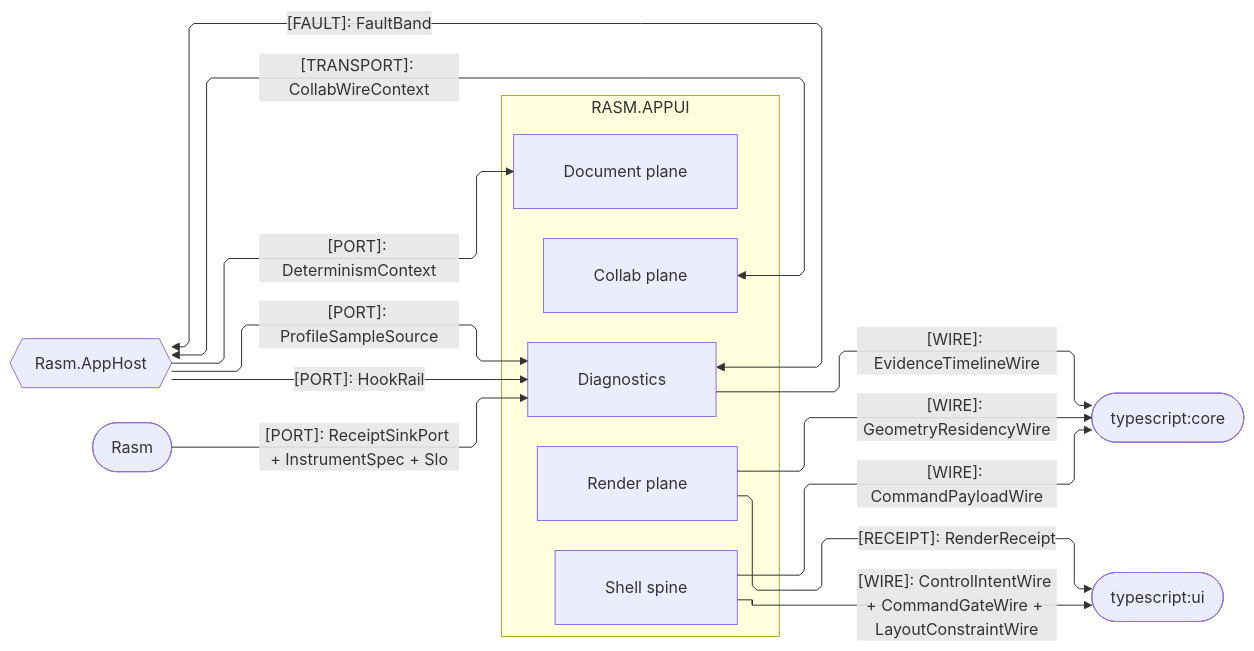
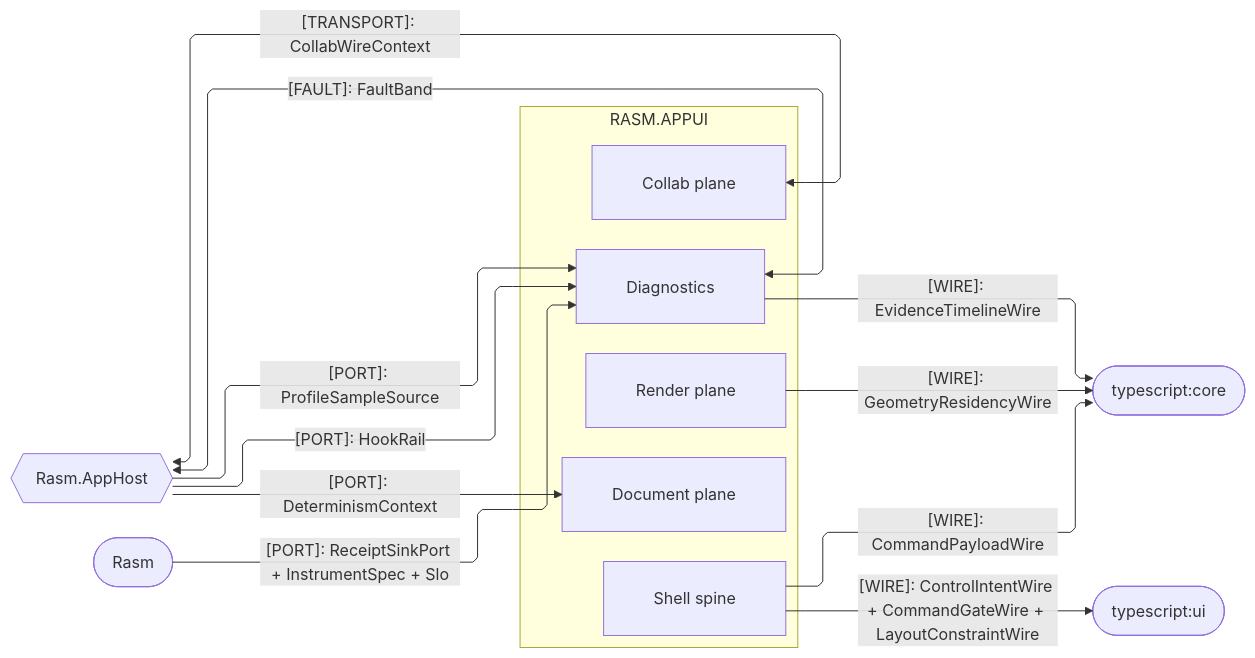
The third of 4 diagrams in libs/csharp/Rasm.AppUi/ARCHITECTURE.md (bsamiee/Rasm), drawn with Mermaid before and after one commit. The commit also changed other lines of this file and 115 other files, not shown here.

````diff
--- a/libs/csharp/Rasm.AppUi/ARCHITECTURE.md
+++ b/libs/csharp/Rasm.AppUi/ARCHITECTURE.md
@@ -186,34 +187,33 @@
 ```mermaid
 ---
 config:
   layout: elk
   flowchart:
     curve: linear
     padding: 25
 ---
 flowchart LR
     accTitle: AppUi platform-host and cross-runtime wire seams
     accDescr: AppUi owners exchanging wires, receipts, ports, transport, and the fault-band adjacency with the app host and the TypeScript peers.
     subgraph appui[RASM.APPUI]
         Shell[Shell spine]
         Render[Render plane]
         Document[Document plane]
         Collab[Collab plane]
         Diagnostics[Diagnostics]
     end
     AppHost{{Rasm.AppHost}}
     Rasm([Rasm])
     Core([typescript:core])
     Ui([typescript:ui])
-    Shell -->|"[WIRE]: CommandPayloadWire"| Core
-    Render -->|"[WIRE]: GeometryResidencyWire"| Core
-    Diagnostics -->|"[WIRE]: EvidenceTimelineWire"| Core
-    Shell -->|"[WIRE]: ControlIntentWire + CommandGateWire + LayoutConstraintWire"| Ui
-    Render -->|"[RECEIPT]: RenderReceipt"| Ui
-    AppHost -->|"[PORT]: DeterminismContext"| Document
-    Diagnostics <-->|"[FAULT]: FaultBand"| AppHost
-    Rasm -->|"[PORT]: ReceiptSinkPort + InstrumentSpec + Slo"| Diagnostics
-    AppHost -->|"[PORT]: HookRail"| Diagnostics
-    AppHost -->|"[PORT]: ProfileSampleSource"| Diagnostics
-    Collab <-->|"[TRANSPORT]: CollabWireContext"| AppHost
+    Shell e1@-->|"[WIRE]: CommandPayloadWire"| Core
+    Render e2@-->|"[WIRE]: GeometryResidencyWire"| Core
+    Diagnostics e3@-->|"[WIRE]: EvidenceTimelineWire"| Core
+    Shell e4@-->|"[WIRE]: ControlIntentWire + CommandGateWire + LayoutConstraintWire"| Ui
+    AppHost e5@-->|"[PORT]: DeterminismContext"| Document
+    Diagnostics e6@<-->|"[FAULT]: FaultBand"| AppHost
+    Rasm e7@-->|"[PORT]: ReceiptSinkPort + InstrumentSpec + Slo"| Diagnostics
+    AppHost e8@-->|"[PORT]: HookRail"| Diagnostics
+    AppHost e9@-->|"[PORT]: ProfileSampleSource"| Diagnostics
+    Collab e10@<-->|"[TRANSPORT]: CollabWireContext"| AppHost
 ```
````
